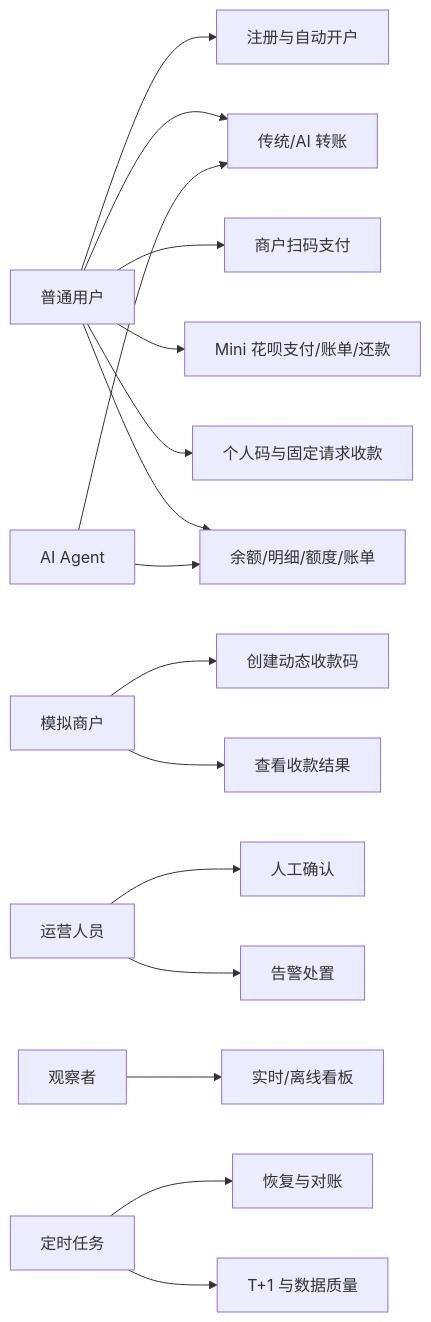
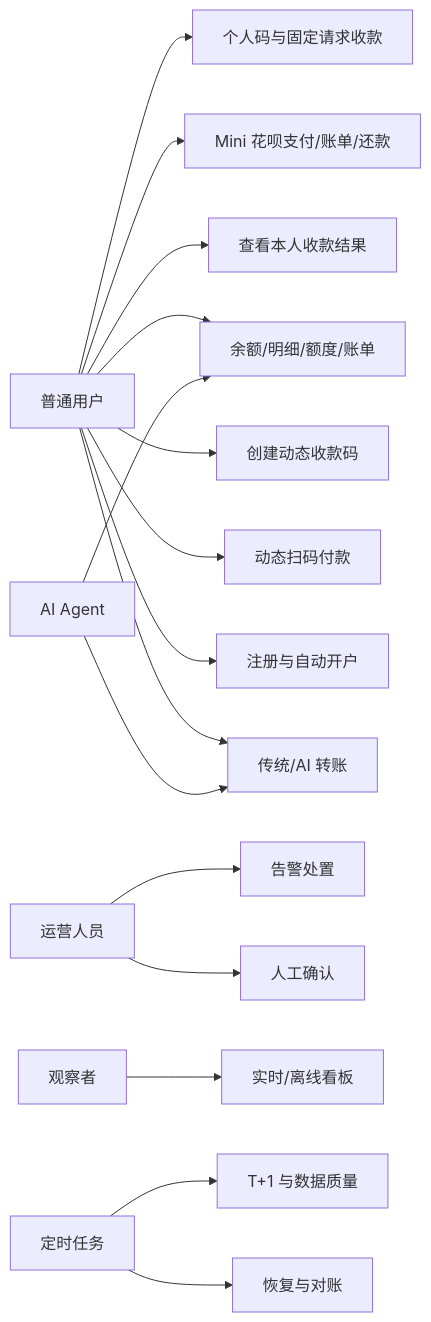
The first of 32 diagrams in docs/minialalipay/minialalipay-system-analysis.md (JN6565/MiniAlalipay), drawn with Mermaid before and after one commit. The commit also changed other lines of this file and 5 other files, not shown here.

````diff
--- a/docs/minialalipay/minialalipay-system-analysis.md
+++ b/docs/minialalipay/minialalipay-system-analysis.md
@@ -198,18 +199,18 @@
 ```mermaid
 flowchart LR
     User[普通用户] --> Register[注册与自动开户]
     User --> Transfer[传统/AI 转账]
-    User --> QrPay[商户扫码支付]
+    User --> QrPay[动态扫码付款]
+    User --> QrOrder[创建动态收款码]
+    User --> QrResult[查看本人收款结果]
     User --> Credit[Mini 花呗支付/账单/还款]
     User --> P2P[个人码与固定请求收款]
     User --> Query[余额/明细/额度/账单]
-    Merchant[模拟商户] --> QrOrder[创建动态收款码]
-    Merchant --> QrResult[查看收款结果]
     Agent[AI Agent] --> Transfer
     Agent --> Query
     Operator[运营人员] --> Manual[人工确认]
     Operator --> Alert[告警处置]
     Observer[观察者] --> Dashboard[实时/离线看板]
     Scheduler[定时任务] --> Recovery[恢复与对账]
     Scheduler --> Report[T+1 与数据质量]
 ```
````
